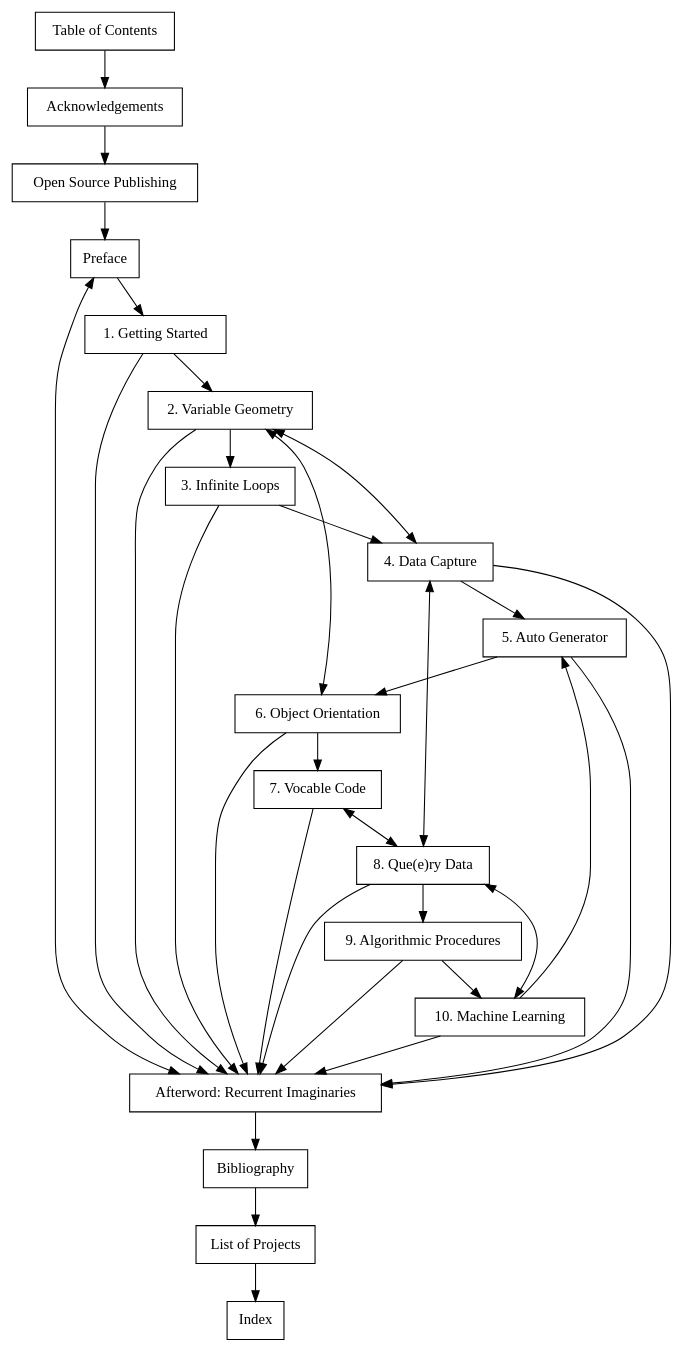
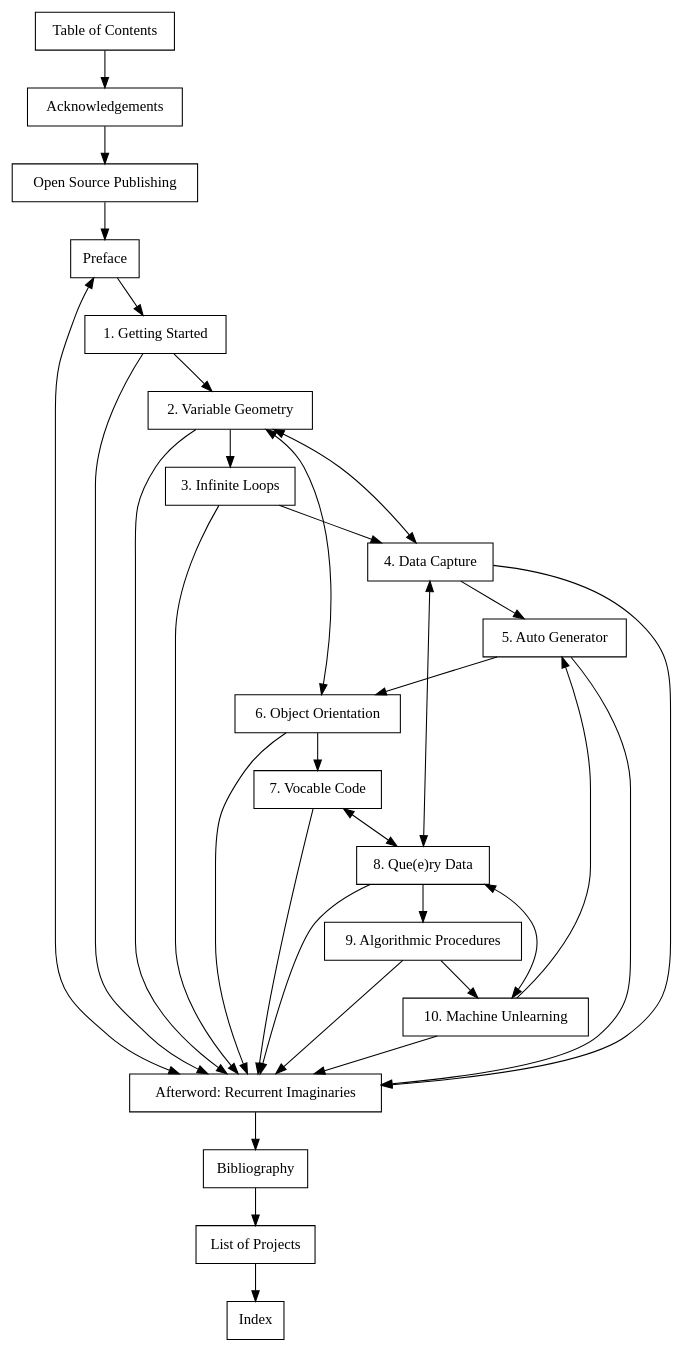
Before and after one commit to danbz/aesthetic-programming: the diagram in graphviz/TOC.dot, drawn with Graphviz. The commit also changed 3 other files, not shown here.

```diff
--- a/graphviz/TOC.dot
+++ b/graphviz/TOC.dot
@@ -1,34 +1,34 @@
 digraph toc {
 
 node[fontname="Hershey-Noailles-help-me", shape=rectangle]
 
 
 TOC [label="Table of Contents"]
 Ack [label="Acknowledgements"]
 OSP [label="Open Source Publishing"]
 0[label="Preface"]
 1 [label="1. Getting Started"]
 2 [label="2. Variable Geometry"]
 3 [label="3. Infinite Loops"]
 4 [label="4. Data Capture"]
 5 [label="5. Auto Generator"]
 6 [label="6. Object Orientation"]
 7 [label="7. Vocable Code"]
 8 [label="8. Que(e)ry Data"]
 9 [label="9. Algorithmic Procedures"]
-10 [label="10. Machine Learning"]
+10 [label="10. Machine Unlearning"]
 11 [label="Afterword: Recurrent Imaginaries"]
 Bi [label="Bibliography"]
 Project [label="List of Projects"]
 Ind [label="Index"]
 
 //graph
 TOC -> Ack -> OSP -> 0 -> 1 -> 2 -> 3 -> 4 -> 5 -> 6 -> 7;
 7 -> 8 [dir=both];
 8 -> 9 -> 10 -> 11 -> Bi -> Project -> Ind;
 0 -> 11 [dir=both];
 2 -> 6 [dir=both];
 1,2,3,4,5,6,7,8,9 -> 11;
 10 -> 5;
 2 -> 4 -> 8 -> 10[dir=both];
 }
```
